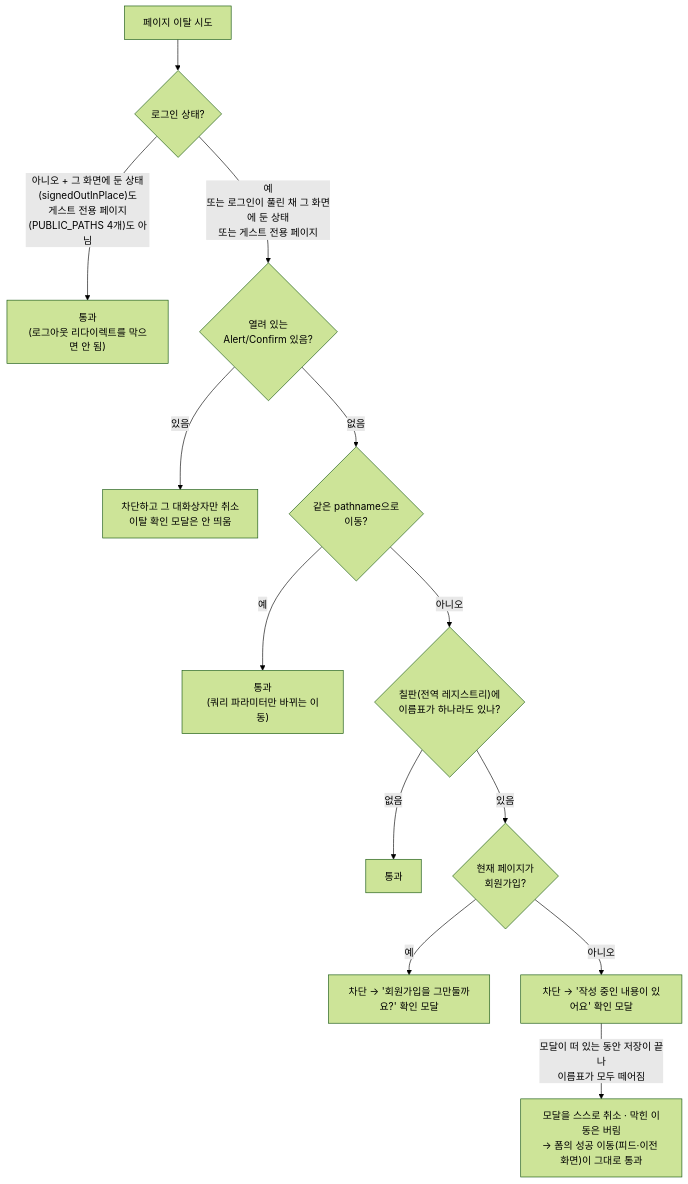
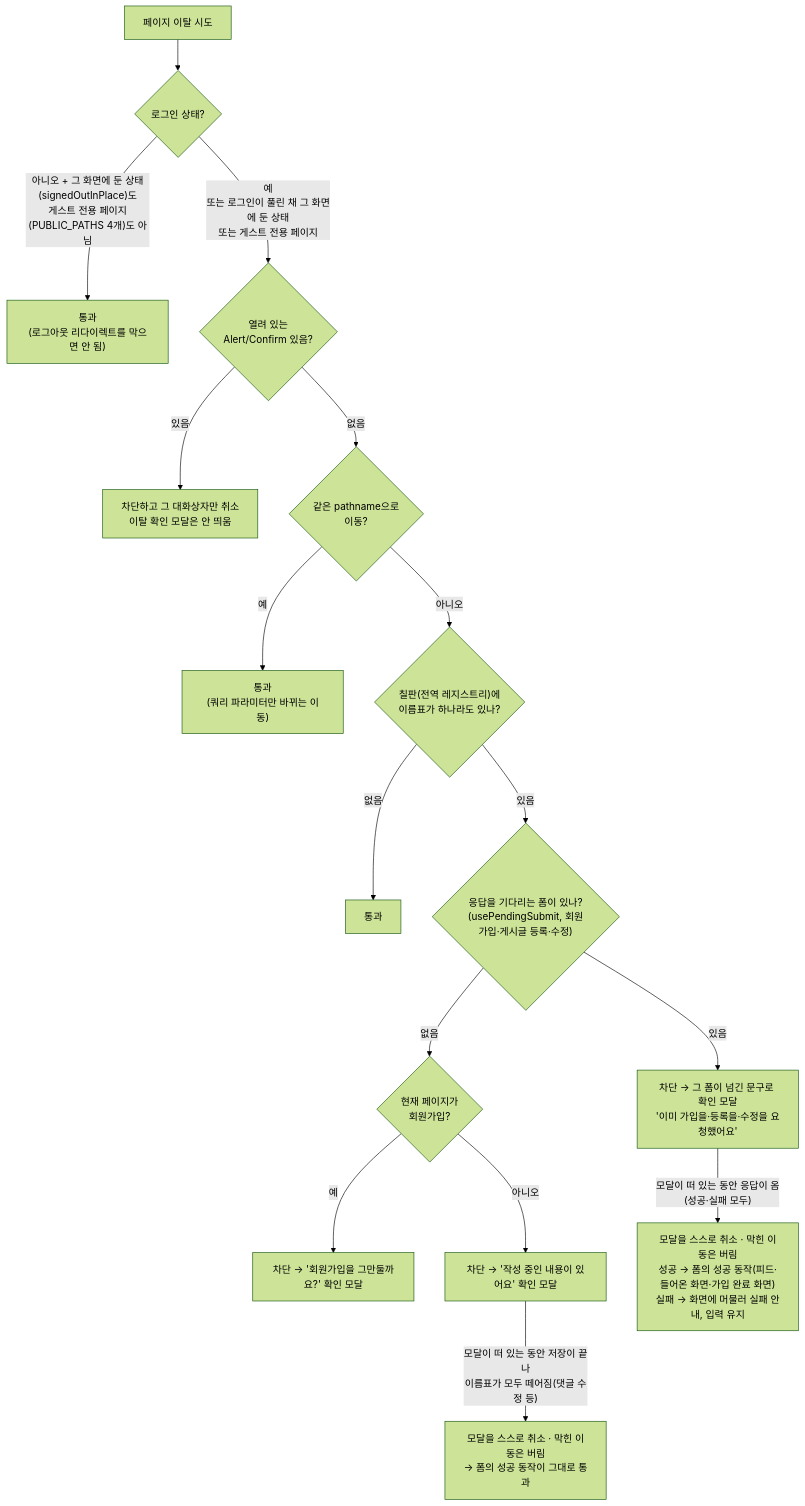
One commit to BAECHAN/link-sphere_FE_NEW changed the diagram in docs/UNSAVED-CHANGES-GUARD.md. Above: the diagram before and after it, drawn with Mermaid (forest theme). The commit also changed other lines of this file and 16 other files, not shown here.

````diff
--- a/docs/UNSAVED-CHANGES-GUARD.md
+++ b/docs/UNSAVED-CHANGES-GUARD.md
@@ -30,15 +30,18 @@
 ```mermaid
 flowchart TD
   Nav["페이지 이탈 시도"] --> Auth{"로그인 상태?"}
   Auth -->|"아니오 + 그 화면에 둔 상태(signedOutInPlace)도<br/>게스트 전용 페이지(PUBLIC_PATHS 4개)도 아님"| Allow1["통과<br/>(로그아웃 리다이렉트를 막으면 안 됨)"]
   Auth -->|"예<br/>또는 로그인이 풀린 채 그 화면에 둔 상태<br/>또는 게스트 전용 페이지"| AlertOpen{"열려 있는<br/>Alert/Confirm 있음?"}
   AlertOpen -->|있음| BlockAlert["차단하고 그 대화상자만 취소<br/>이탈 확인 모달은 안 띄움"]
   AlertOpen -->|없음| SamePath{"같은 pathname으로<br/>이동?"}
   SamePath -->|예| Allow2["통과<br/>(쿼리 파라미터만 바뀌는 이동)"]
   SamePath -->|아니오| Dirty{"칠판(전역 레지스트리)에<br/>이름표가 하나라도 있나?"}
   Dirty -->|없음| Allow3["통과"]
-  Dirty -->|있음| Page{"현재 페이지가<br/>회원가입?"}
+  Dirty -->|있음| Pending{"응답을 기다리는 폼이 있나?<br/>(usePendingSubmit, 회원가입·게시글 등록·수정)"}
+  Pending -->|있음| BlockPending["차단 → 그 폼이 넘긴 문구로 확인 모달<br/>'이미 가입을·등록을·수정을 요청했어요'"]
+  Pending -->|없음| Page{"현재 페이지가<br/>회원가입?"}
   Page -->|예| BlockSignup["차단 → '회원가입을 그만둘까요?' 확인 모달"]
   Page -->|아니오| BlockConfirm["차단 → '작성 중인 내용이 있어요' 확인 모달"]
-  BlockConfirm -->|"모달이 떠 있는 동안 저장이 끝나<br/>이름표가 모두 떼어짐"| AutoClose["모달을 스스로 취소 · 막힌 이동은 버림<br/>→ 폼의 성공 이동(피드·이전 화면)이 그대로 통과"]
+  BlockConfirm -->|"모달이 떠 있는 동안 저장이 끝나<br/>이름표가 모두 떼어짐(댓글 수정 등)"| AutoClose["모달을 스스로 취소 · 막힌 이동은 버림<br/>→ 폼의 성공 동작이 그대로 통과"]
+  BlockPending -->|"모달이 떠 있는 동안 응답이 옴<br/>(성공·실패 모두)"| AutoClosePending["모달을 스스로 취소 · 막힌 이동은 버림<br/>성공 → 폼의 성공 동작(피드·들어온 화면·가입 완료 화면)<br/>실패 → 화면에 머물러 실패 안내, 입력 유지"]
 ```
````
